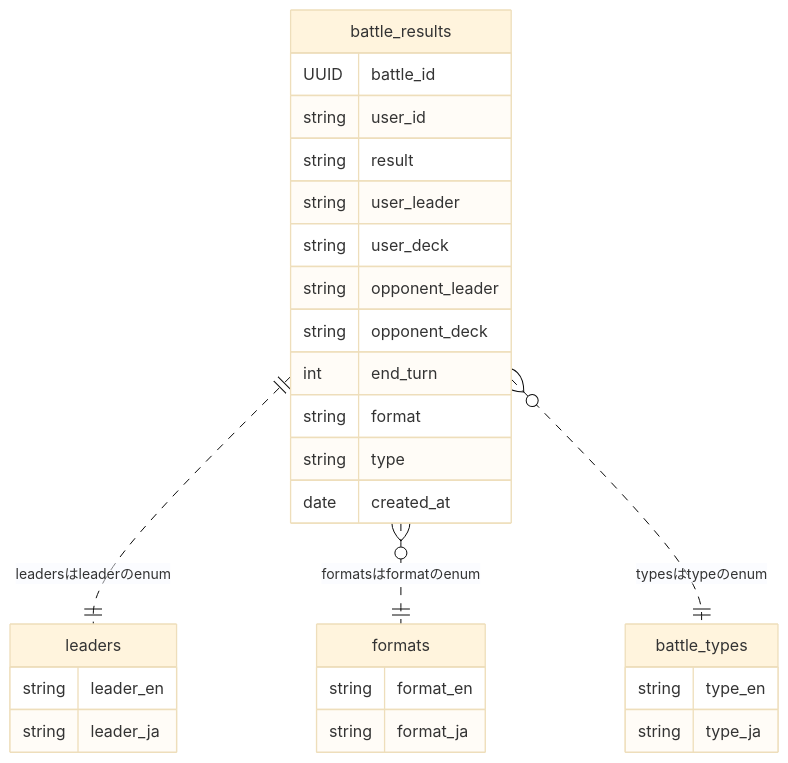
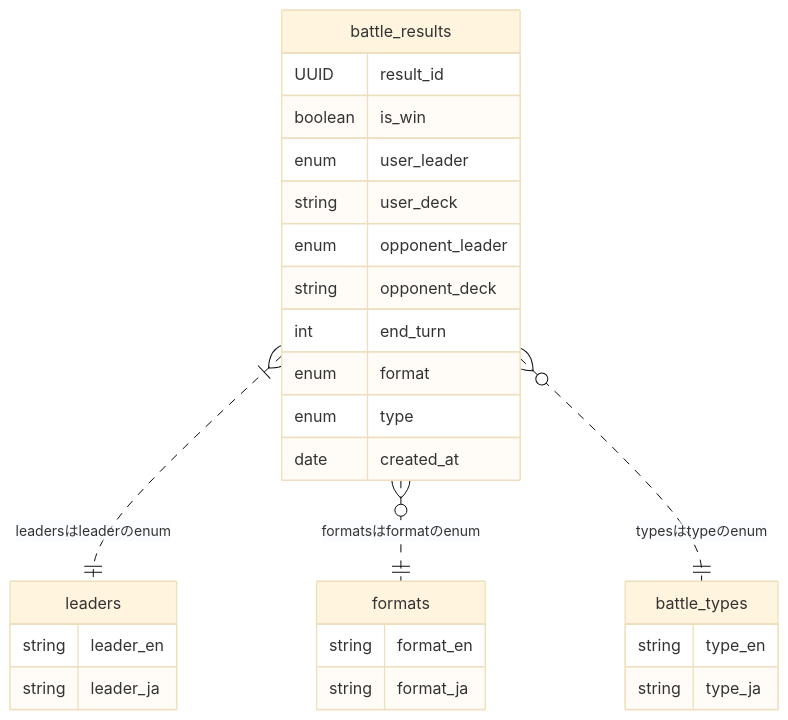
One commit to tunamaguro/svlog changed the diagram in documents/er.md. Above: the diagram before and after it, drawn with Mermaid (base theme).

Commit message:
er図を実際の形に合わせた

````diff
--- a/documents/er.md
+++ b/documents/er.md
@@ -23,37 +23,36 @@
 ```mermaid
 erDiagram
 
-battle_results ||..|| leaders:"leadersはleaderのenum"
+battle_results }|..|| leaders:"leadersはleaderのenum"
 battle_results }o..|| formats:"formatsはformatのenum"
 battle_results }o..|| battle_types:"typesはtypeのenum"
 
 battle_results {
-  UUID battle_id
-  string user_id
-  string result
-  string user_leader
+  UUID result_id
+  boolean is_win
+  enum user_leader
   string user_deck
-  string opponent_leader
+  enum opponent_leader
   string opponent_deck
   int end_turn
-  string format
-  string type
+  enum format
+  enum type
   date created_at
 }
 
 leaders{
     string leader_en
     string leader_ja
 }
 
 formats{
     string format_en
     string format_ja
 }
 
 battle_types{
     string type_en
     string type_ja
 }
 
 ```
````
